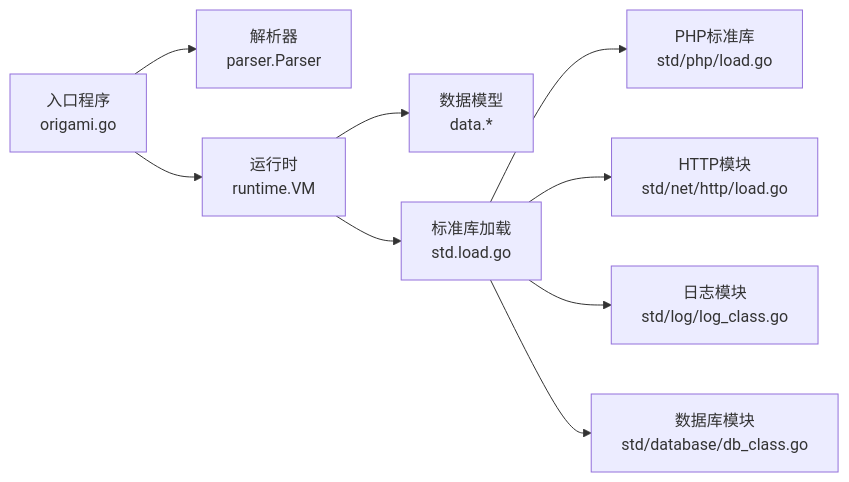
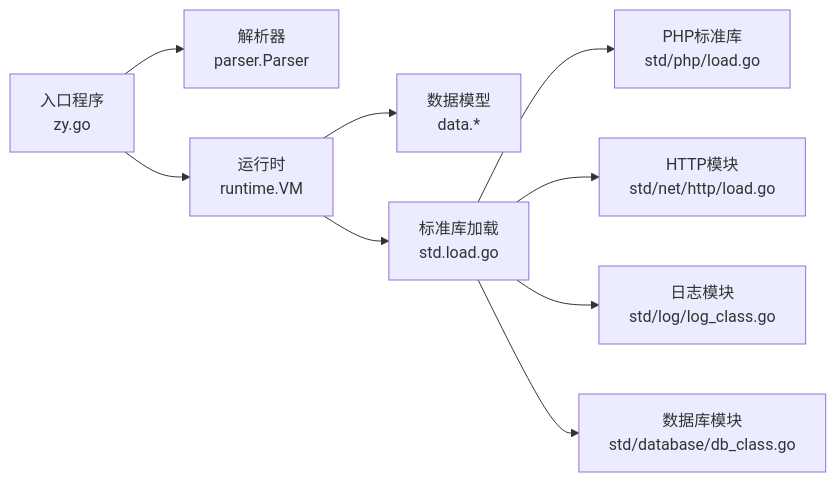
One commit to php-any/origami changed the fourth of 4 diagrams in .qoder/repowiki/zh/content/API参考/API参考.md. Above: the diagram before and after it, drawn with Mermaid. The commit also changed other lines of this file and 21 other files, not shown here.

````diff
--- a/.qoder/repowiki/zh/content/API参考/API参考.md
+++ b/.qoder/repowiki/zh/content/API参考/API参考.md
@@ -269,11 +269,11 @@
 ```mermaid
 graph LR
-Origami["入口程序<br/>origami.go"] --> Parser["解析器<br/>parser.Parser"]
+Origami["入口程序<br/>zy.go"] --> Parser["解析器<br/>parser.Parser"]
 Origami --> VM["运行时<br/>runtime.VM"]
 VM --> Data["数据模型<br/>data.*"]
 VM --> Std["标准库加载<br/>std.load.go"]
 Std --> PHP["PHP标准库<br/>std/php/load.go"]
 Std --> HTTP["HTTP模块<br/>std/net/http/load.go"]
 Std --> LOG["日志模块<br/>std/log/log_class.go"]
 Std --> DB["数据库模块<br/>std/database/db_class.go"]
 ```
````
